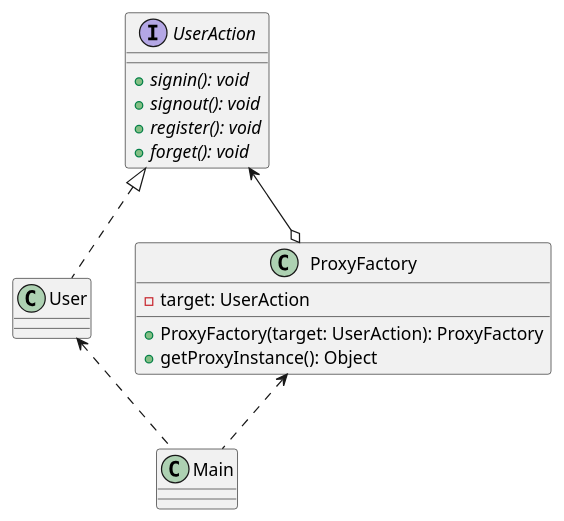
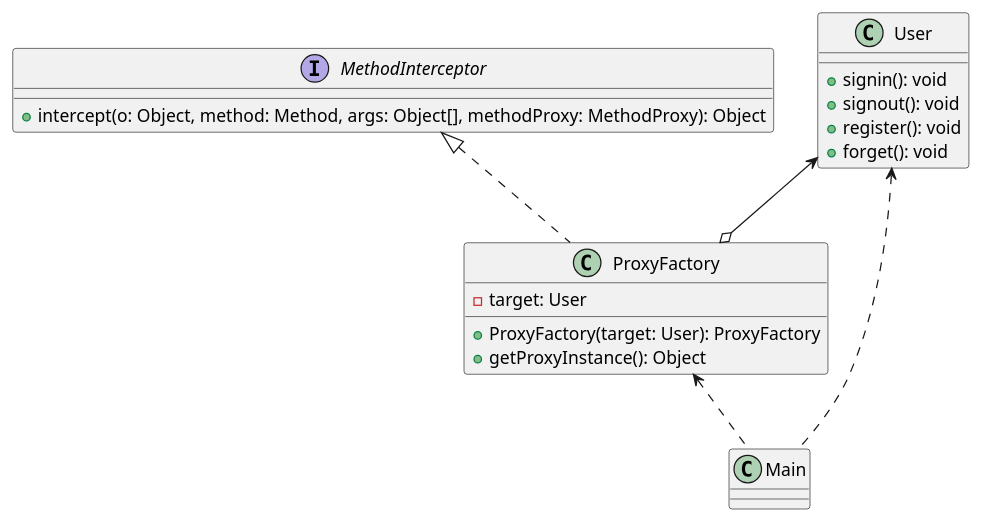
One commit to mskmktsk/design_patterns changed the diagram in out/production/design-patterns/_2_结构型模式/_7_代理模式_Proxy/_3_Cglib代理/Static Proxy.puml. Above: the diagram before and after it, drawn with PlantUML. The commit also changed 28 other files, not shown here.

```diff
--- a/out/production/design-patterns/_2_结构型模式/_7_代理模式_Proxy/_3_Cglib代理/Static Proxy.puml
+++ b/out/production/design-patterns/_2_结构型模式/_7_代理模式_Proxy/_3_Cglib代理/Static Proxy.puml
@@ -1,25 +1,28 @@
 @startuml
 
-interface UserAction {
-    + {abstract} signin(): void
-    + {abstract} signout(): void
-    + {abstract} register(): void
-    + {abstract} forget(): void
+' 该接口来自 cglib.jar 包
+interface MethodInterceptor {
+    + intercept(o: Object, method: Method, args: Object[], methodProxy: MethodProxy): Object
 }
 
-class User implements UserAction
+class User {
+    + signin(): void
+    + signout(): void
+    + register(): void
+    + forget(): void
+}
 
-class ProxyFactory {
-    - target: UserAction
-    + ProxyFactory(target: UserAction): ProxyFactory
+class ProxyFactory implements MethodInterceptor {
+    - target: User
+    + ProxyFactory(target: User): ProxyFactory
     + getProxyInstance(): Object
 }
 
 class Main
 
-UserAction <--o ProxyFactory
+User <--o ProxyFactory
 
 ProxyFactory <.. Main
 User <.. Main
 
 @enduml
```
